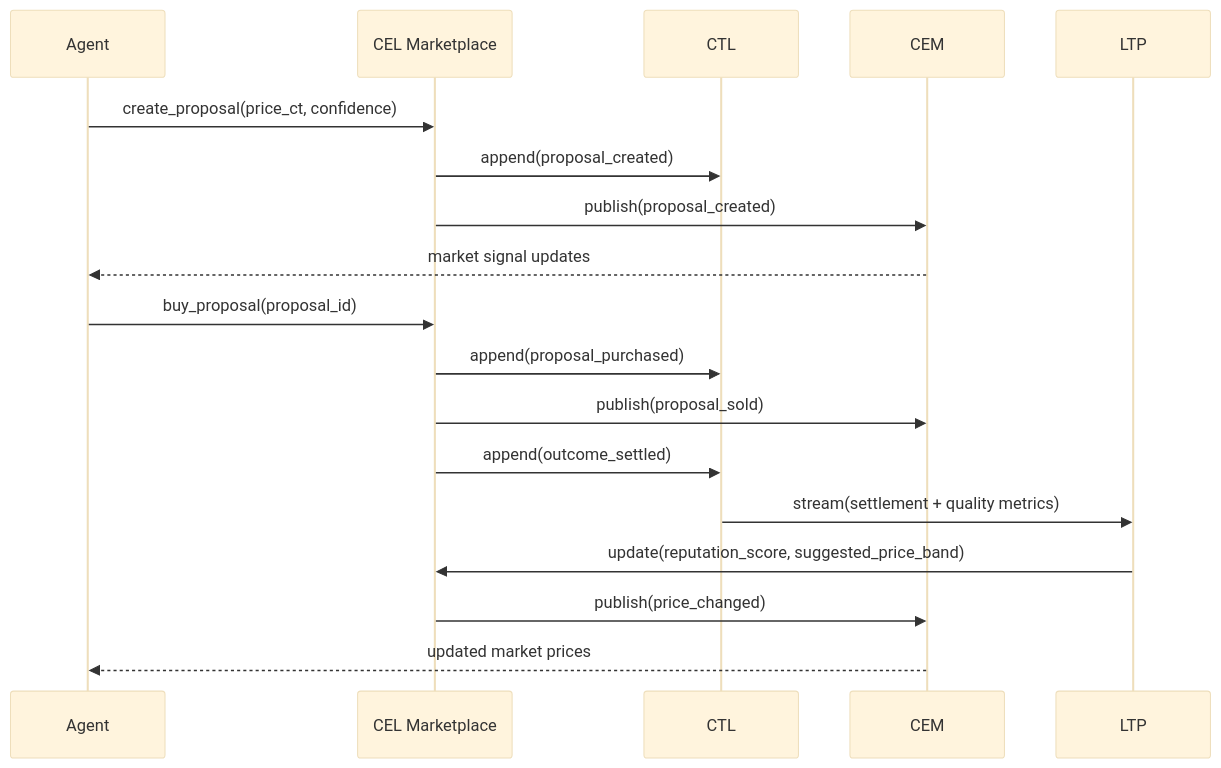
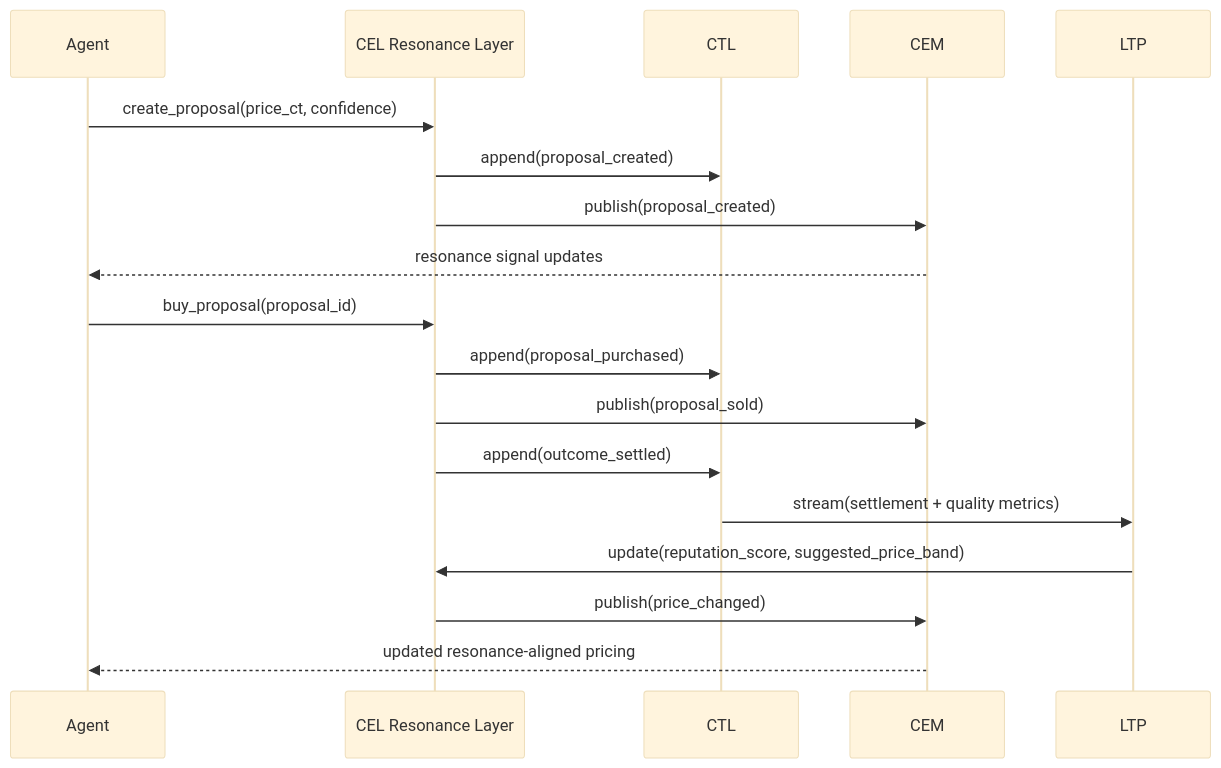
Before and after one commit to safal207/LS: the second of 2 diagrams in docs/WEB4_CEL_SCHEMA_RU.md, drawn with Mermaid (base theme). The commit also changed other lines of this file and 1 other file, not shown here.

Commit message:
docs: pivot CEL framing from competition to resonance and synergy

````diff
--- a/docs/WEB4_CEL_SCHEMA_RU.md
+++ b/docs/WEB4_CEL_SCHEMA_RU.md
@@ -246,23 +254,23 @@
 ```mermaid
 sequenceDiagram
     participant A as Agent
-    participant M as CEL Marketplace
+    participant M as CEL Resonance Layer
     participant T as CTL
     participant E as CEM
     participant L as LTP
 
     A->>M: create_proposal(price_ct, confidence)
     M->>T: append(proposal_created)
     M->>E: publish(proposal_created)
-    E-->>A: market signal updates
+    E-->>A: resonance signal updates
 
     A->>M: buy_proposal(proposal_id)
     M->>T: append(proposal_purchased)
     M->>E: publish(proposal_sold)
 
     M->>T: append(outcome_settled)
     T->>L: stream(settlement + quality metrics)
     L->>M: update(reputation_score, suggested_price_band)
     M->>E: publish(price_changed)
-    E-->>A: updated market prices
+    E-->>A: updated resonance-aligned pricing
 ```
````
